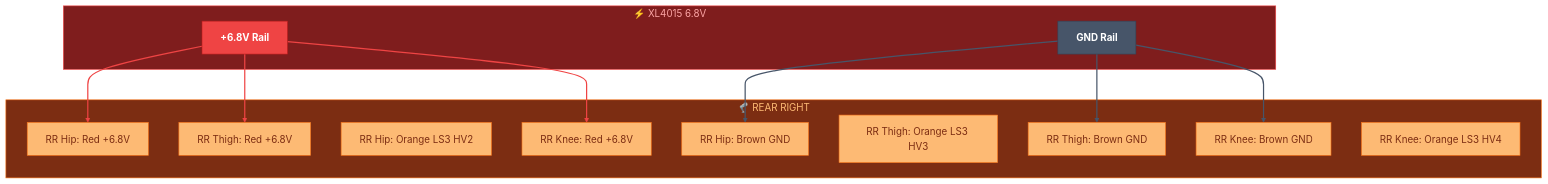
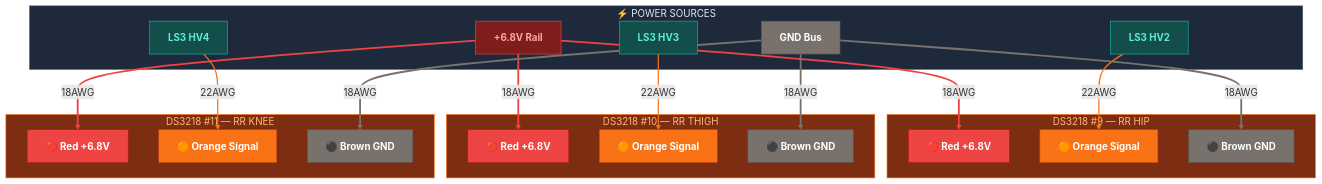
Before and after one commit to Major-Project-001/VIGIL-RQ: the fourth of 4 diagrams in control/docs/wiring_servo_power.md, drawn with Mermaid. The commit also changed other lines of this file and 7 other files, not shown here.

Commit message:
docs: Add control README with reading order, enhance all wiring docs with specs/troubleshooting/diagrams

````diff
--- a/control/docs/wiring_servo_power.md
+++ b/control/docs/wiring_servo_power.md
@@ -134,36 +206,53 @@
 ```mermaid
-graph TB
-    classDef servoPin fill:#fdba74,stroke:#f97316,color:#7c2d12
-    classDef power fill:#ef4444,stroke:#b91c1c,color:#fff,font-weight:bold
-    classDef gnd fill:#475569,stroke:#334155,color:#fff,font-weight:bold
+graph TD
+    classDef red fill:#ef4444,stroke:#b91c1c,color:#fff,font-weight:bold
+    classDef orange fill:#f97316,stroke:#c2410c,color:#fff,font-weight:bold
+    classDef brown fill:#78716c,stroke:#57534e,color:#fff,font-weight:bold
+    classDef rail fill:#7f1d1d,stroke:#ef4444,color:#fca5a5,font-weight:bold
+    classDef ls fill:#134e4a,stroke:#14b8a6,color:#5eead4,font-weight:bold
 
-    subgraph RAIL_RR["⚡ XL4015 6.8V"]
-        RP4["+6.8V Rail"]:::power
-        RG4["GND Rail"]:::gnd
+    subgraph SOURCES_RR["⚡ POWER SOURCES"]
+        RP4["+6.8V Rail"]:::rail
+        RG4["GND Bus"]:::brown
+        LS3_HV2["LS3 HV2"]:::ls
+        LS3_HV3["LS3 HV3"]:::ls
+        LS3_HV4["LS3 HV4"]:::ls
     end
 
-    subgraph RR_PWR["🦿 REAR RIGHT"]
-        RRH_P["RR Hip: Red +6.8V"]:::servoPin
-        RRH_G["RR Hip: Brown GND"]:::servoPin
-        RRH_S["RR Hip: Orange LS3 HV2"]:::servoPin
-        RRT_P["RR Thigh: Red +6.8V"]:::servoPin
-        RRT_G["RR Thigh: Brown GND"]:::servoPin
-        RRT_S["RR Thigh: Orange LS3 HV3"]:::servoPin
-        RRK_P["RR Knee: Red +6.8V"]:::servoPin
-        RRK_G["RR Knee: Brown GND"]:::servoPin
-        RRK_S["RR Knee: Orange LS3 HV4"]:::servoPin
+    subgraph S9["DS3218 #9 — RR HIP"]
+        S9_R["🔴 Red +6.8V"]:::red
+        S9_O["🟠 Orange Signal"]:::orange
+        S9_B["⚫ Brown GND"]:::brown
     end
 
-    RP4 ==> RRH_P
-    RP4 ==> RRT_P
-    RP4 ==> RRK_P
-    RG4 ==> RRH_G
-    RG4 ==> RRT_G
-    RG4 ==> RRK_G
+    subgraph S10["DS3218 #10 — RR THIGH"]
+        S10_R["🔴 Red +6.8V"]:::red
+        S10_O["🟠 Orange Signal"]:::orange
+        S10_B["⚫ Brown GND"]:::brown
+    end
 
-    linkStyle 0,1,2 stroke:#ef4444,stroke-width:2px
-    linkStyle 3,4,5 stroke:#475569,stroke-width:2px
+    subgraph S11["DS3218 #11 — RR KNEE"]
+        S11_R["🔴 Red +6.8V"]:::red
+        S11_O["🟠 Orange Signal"]:::orange
+        S11_B["⚫ Brown GND"]:::brown
+    end
 
-    style RAIL_RR fill:#7f1d1d,stroke:#ef4444,color:#fca5a5
-    style RR_PWR fill:#7c2d12,stroke:#f97316,color:#fdba74
+    RP4 ==>|"18AWG"| S9_R
+    RP4 ==>|"18AWG"| S10_R
+    RP4 ==>|"18AWG"| S11_R
+    LS3_HV2 -->|"22AWG"| S9_O
+    LS3_HV3 -->|"22AWG"| S10_O
+    LS3_HV4 -->|"22AWG"| S11_O
+    RG4 ==>|"18AWG"| S9_B
+    RG4 ==>|"18AWG"| S10_B
+    RG4 ==>|"18AWG"| S11_B
+
+    linkStyle 0,1,2 stroke:#ef4444,stroke-width:3px
+    linkStyle 3,4,5 stroke:#f97316,stroke-width:2px
+    linkStyle 6,7,8 stroke:#78716c,stroke-width:3px
+
+    style SOURCES_RR fill:#1e293b,stroke:#475569,color:#e2e8f0
+    style S9 fill:#7c2d12,stroke:#f97316,color:#fdba74
+    style S10 fill:#7c2d12,stroke:#f97316,color:#fdba74
+    style S11 fill:#7c2d12,stroke:#f97316,color:#fdba74
 ```
````
